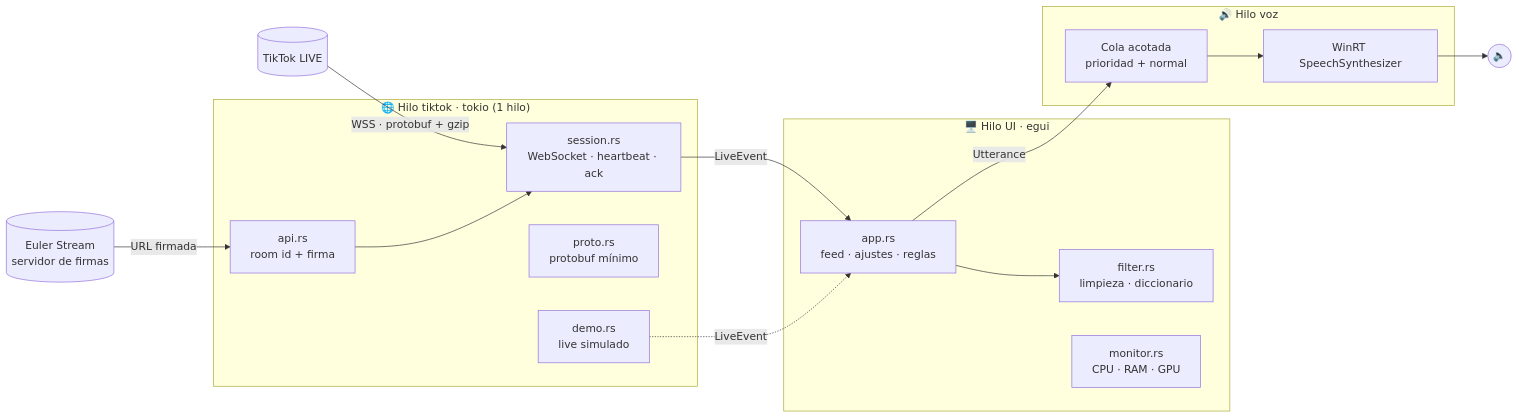
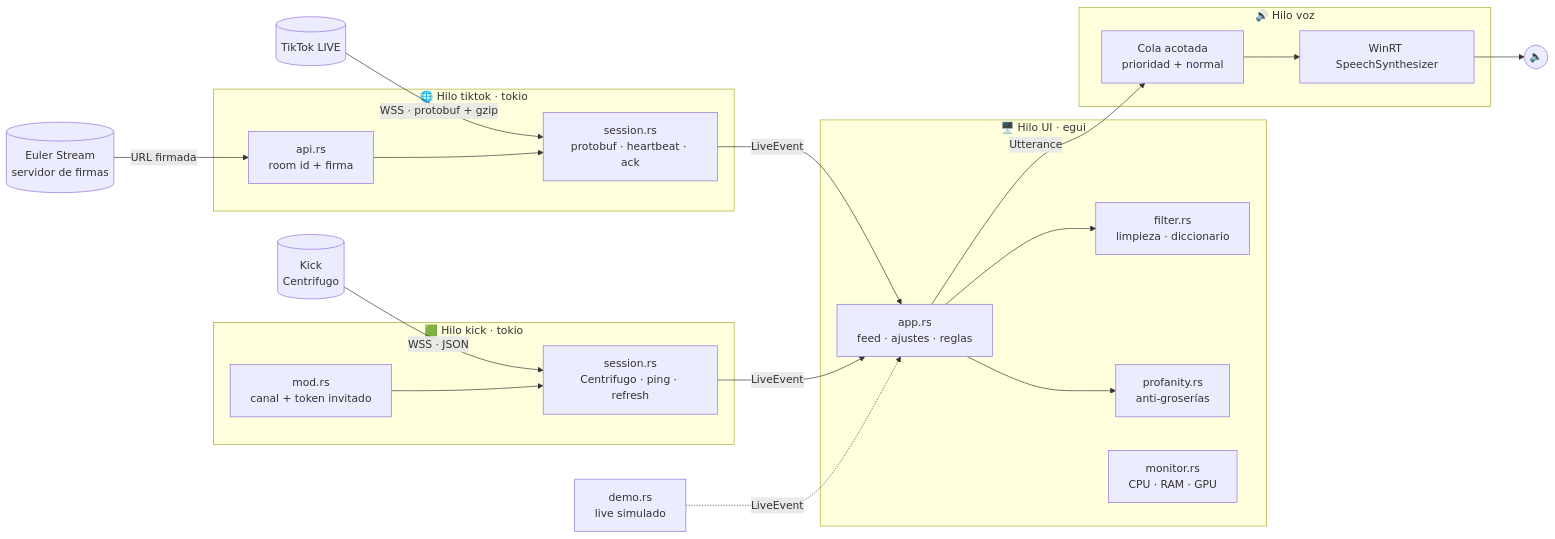
One commit to Bryan-Herrera-DEV/tikvoz changed the second of 6 diagrams in README.md. Above: the diagram before and after it, drawn with Mermaid. The commit also changed other lines of this file, not shown here.

Commit message:
docs: README con Kick, anti-groserías y diagramas nuevos

````diff
--- a/README.md
+++ b/README.md
@@ -117,28 +168,38 @@
 ```mermaid
 flowchart LR
     subgraph UI["🖥️ Hilo UI · egui"]
         APP["app.rs<br/>feed · ajustes · reglas"]
         FIL["filter.rs<br/>limpieza · diccionario"]
+        PROF["profanity.rs<br/>anti-groserías"]
         MON["monitor.rs<br/>CPU · RAM · GPU"]
     end
 
-    subgraph NET["🌐 Hilo tiktok · tokio (1 hilo)"]
+    subgraph NET["🌐 Hilo tiktok · tokio"]
         API["api.rs<br/>room id + firma"]
-        SES["session.rs<br/>WebSocket · heartbeat · ack"]
-        PRO["proto.rs<br/>protobuf mínimo"]
-        DEMO["demo.rs<br/>live simulado"]
+        SES["session.rs<br/>protobuf · heartbeat · ack"]
     end
+
+    subgraph KNET["🟩 Hilo kick · tokio"]
+        KAPI["mod.rs<br/>canal + token invitado"]
+        KSES["session.rs<br/>Centrifugo · ping · refresh"]
+    end
+
+    DEMO["demo.rs<br/>live simulado"]
 
     subgraph VOZ["🔊 Hilo voz"]
         Q["Cola acotada<br/>prioridad + normal"]
         TTS["WinRT SpeechSynthesizer"]
     end
 
     TT[("TikTok LIVE")] -- "WSS · protobuf + gzip" --> SES
     ES[("Euler Stream<br/>servidor de firmas")] -- "URL firmada" --> API
     API --> SES
+    KK[("Kick<br/>Centrifugo")] -- "WSS · JSON" --> KSES
+    KAPI --> KSES
     SES -- "LiveEvent" --> APP
+    KSES -- "LiveEvent" --> APP
     DEMO -. "LiveEvent" .-> APP
+    APP --> PROF
     APP --> FIL
     APP -- "Utterance" --> Q --> TTS --> SPK(("🔈"))
 ```
````
